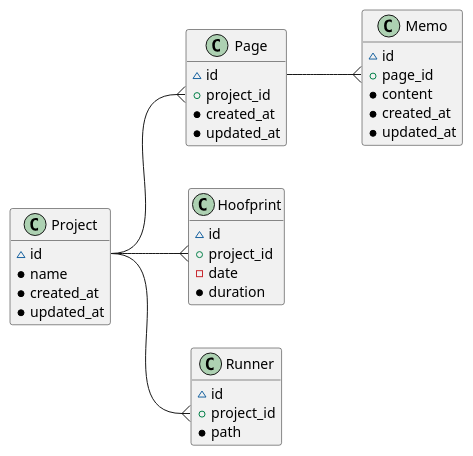
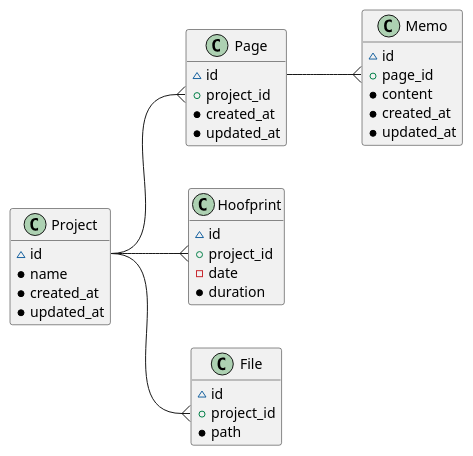
One commit to tkmfujise/trot_editor changed the diagram in doc/er-diagram.adoc. Above: the diagram before and after it, drawn with PlantUML. The commit also changed 7 other files, not shown here.

```diff
--- a/doc/er-diagram.adoc
+++ b/doc/er-diagram.adoc
@@ -4,41 +4,41 @@
 [plantuml, er-diagram]
 ....
 class Project {
   ~ id
   * name 
   * created_at
   * updated_at
 }
 class Page {
   ~ id
   + project_id
   * created_at
   * updated_at
 }
 class Memo {
   ~ id
   + page_id
   * content
   * created_at
   * updated_at
 }
 class Hoofprint {
   ~ id
   + project_id
   - date
   * duration
 }
-class Runner {
+class File {
   ~ id
   + project_id
   * path
 }
 
 hide methods
 left to right direction
 
 Project::id --{ Page::project_id
 Page::id    --{ Memo::page_id
 Project::id --{ Hoofprint::project_id
-Project::id --{ Runner::project_id
+Project::id --{ File::project_id
 ....
```
